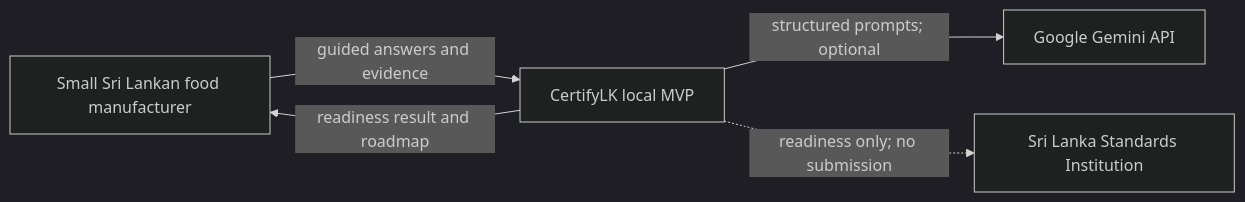
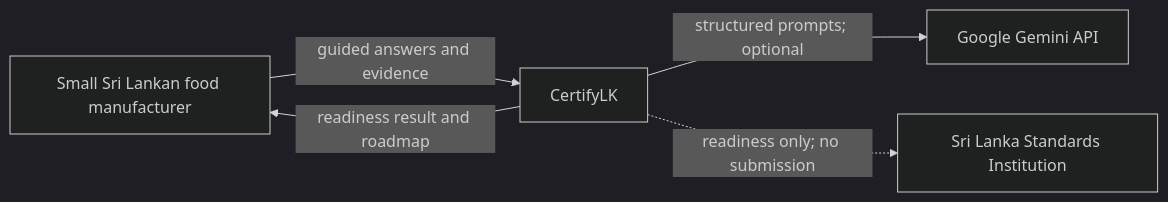
One commit to HirushaSipsara/certifylk changed the first of 5 diagrams in docs/ARCHITECTURE.md. Above: the diagram before and after it, drawn with Mermaid (dark theme). The commit also changed other lines of this file and 50 other files, not shown here.

````diff
--- a/docs/ARCHITECTURE.md
+++ b/docs/ARCHITECTURE.md
@@ -5,7 +5,7 @@
 ```mermaid
 flowchart LR
-  Owner[Small Sri Lankan food manufacturer] -->|guided answers and evidence| CertifyLK[CertifyLK local MVP]
+  Owner[Small Sri Lankan food manufacturer] -->|guided answers and evidence| CertifyLK[CertifyLK]
   CertifyLK -->|readiness result and roadmap| Owner
   CertifyLK -->|structured prompts; optional| Gemini[Google Gemini API]
   CertifyLK -.->|readiness only; no submission| SLS[Sri Lanka Standards Institution]
 ```
````
